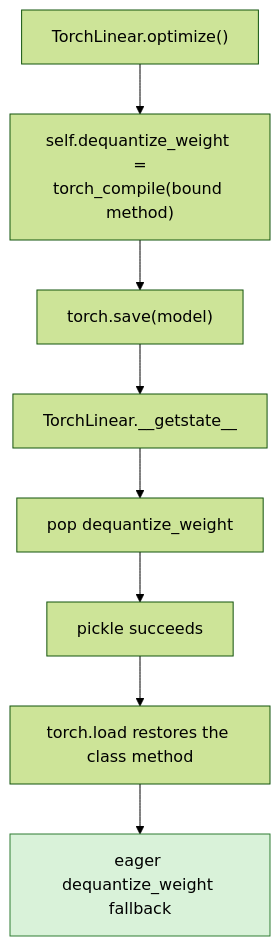
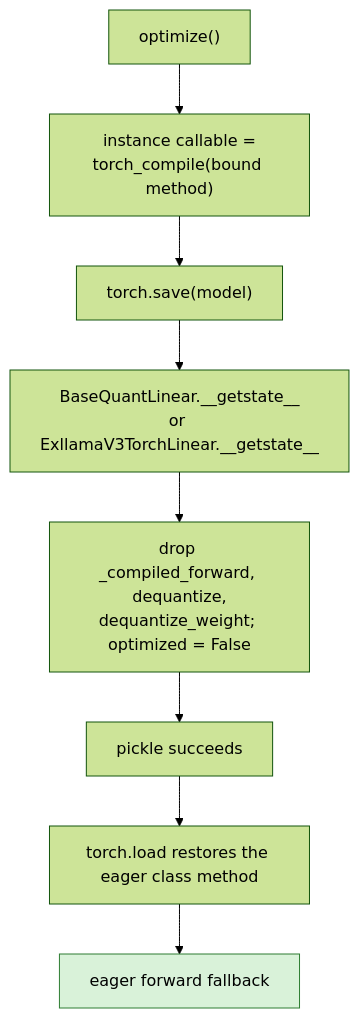
Before and after one commit to ModelCloud/GPTQModel: diagram 11 of 11 in docs/checkpoint-interop.md, drawn with Mermaid (forest theme). The commit also changed other lines of this file and 16 other files, not shown here.

First line of the commit message:
fix(interop): HF quant refusers, optimize() pickling, CPU-only max_memory, MLX masks/export (#4091) (#4101)

````diff
--- a/docs/checkpoint-interop.md
+++ b/docs/checkpoint-interop.md
@@ -329,11 +348,11 @@
 ```mermaid
 flowchart TD
-    A["TorchLinear.optimize()"] --> B["self.dequantize_weight =<br/>torch_compile(bound method)"]
+    A["optimize()"] --> B["instance callable =<br/>torch_compile(bound method)"]
     B --> C["torch.save(model)"]
-    C --> D["TorchLinear.__getstate__"]
-    D --> E["pop dequantize_weight"]
+    C --> D["BaseQuantLinear.__getstate__<br/>or ExllamaV3TorchLinear.__getstate__"]
+    D --> E["drop _compiled_forward, dequantize,<br/>dequantize_weight; optimized = False"]
     E --> F["pickle succeeds"]
-    F --> G["torch.load restores the class method"]
-    G --> H["eager dequantize_weight fallback"]
+    F --> G["torch.load restores the eager class method"]
+    G --> H["eager forward fallback"]
     style H fill:#d9f2d9,stroke:#2e7d32
 ```
````
